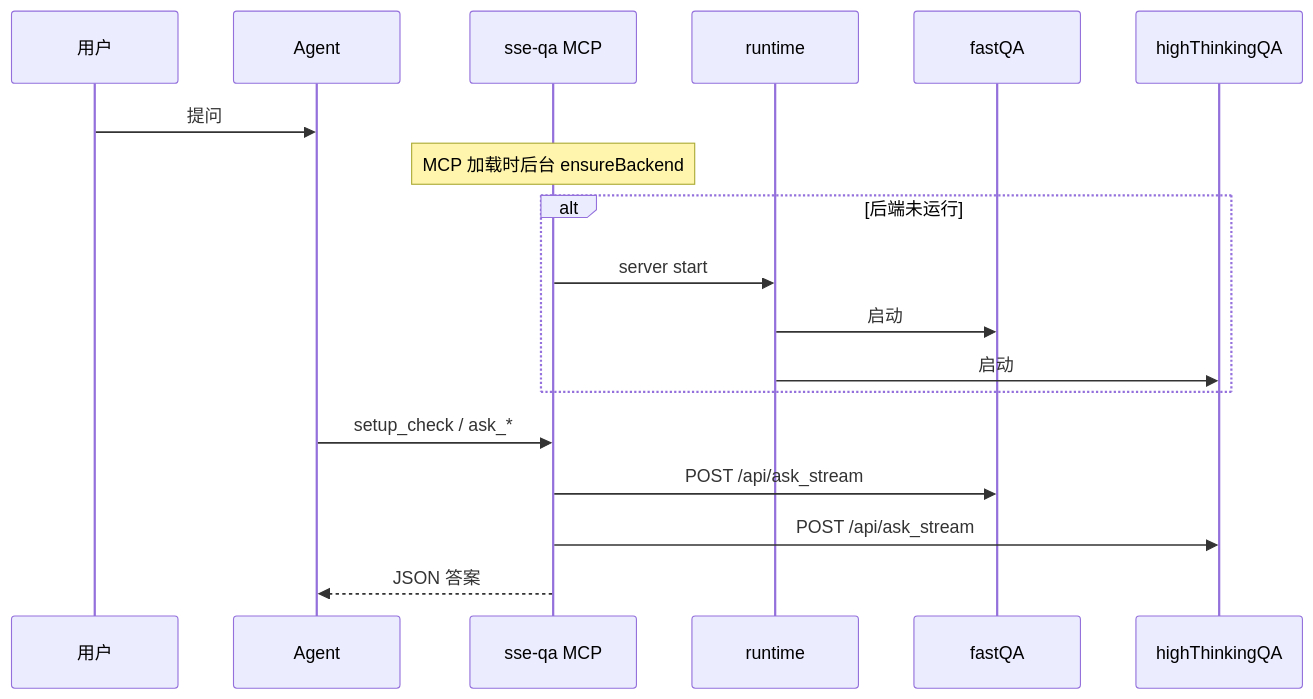
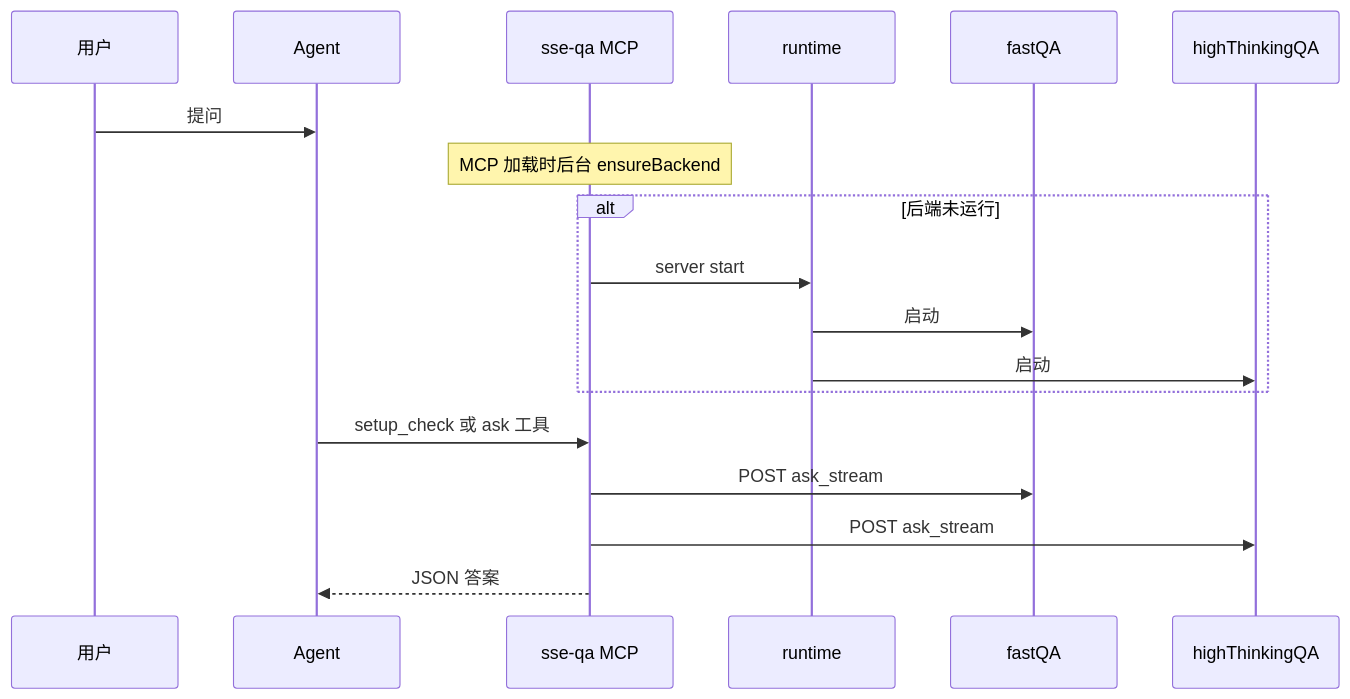
One commit to BaBaoZhooou/SSE_QA changed the second of 3 diagrams in README.md. Above: the diagram before and after it, drawn with Mermaid. The commit also changed other lines of this file and 1 other file, not shown here.

First line of the commit message:
docs: fix GitHub README rendering (Mermaid and math)

````diff
--- a/README.md
+++ b/README.md
@@ -288,21 +292,21 @@
 ```mermaid
 sequenceDiagram
     participant User as 用户
     participant Agent as Agent
     participant MCP as sse-qa MCP
     participant RT as runtime
     participant Fast as fastQA
     participant Think as highThinkingQA
 
     User->>Agent: 提问
     Note over MCP: MCP 加载时后台 ensureBackend
     alt 后端未运行
         MCP->>RT: server start
         RT->>Fast: 启动
         RT->>Think: 启动
     end
-    Agent->>MCP: setup_check / ask_*
-    MCP->>Fast: POST /api/ask_stream
-    MCP->>Think: POST /api/ask_stream
+    Agent->>MCP: setup_check 或 ask 工具
+    MCP->>Fast: POST ask_stream
+    MCP->>Think: POST ask_stream
     MCP-->>Agent: JSON 答案
 ```
````
